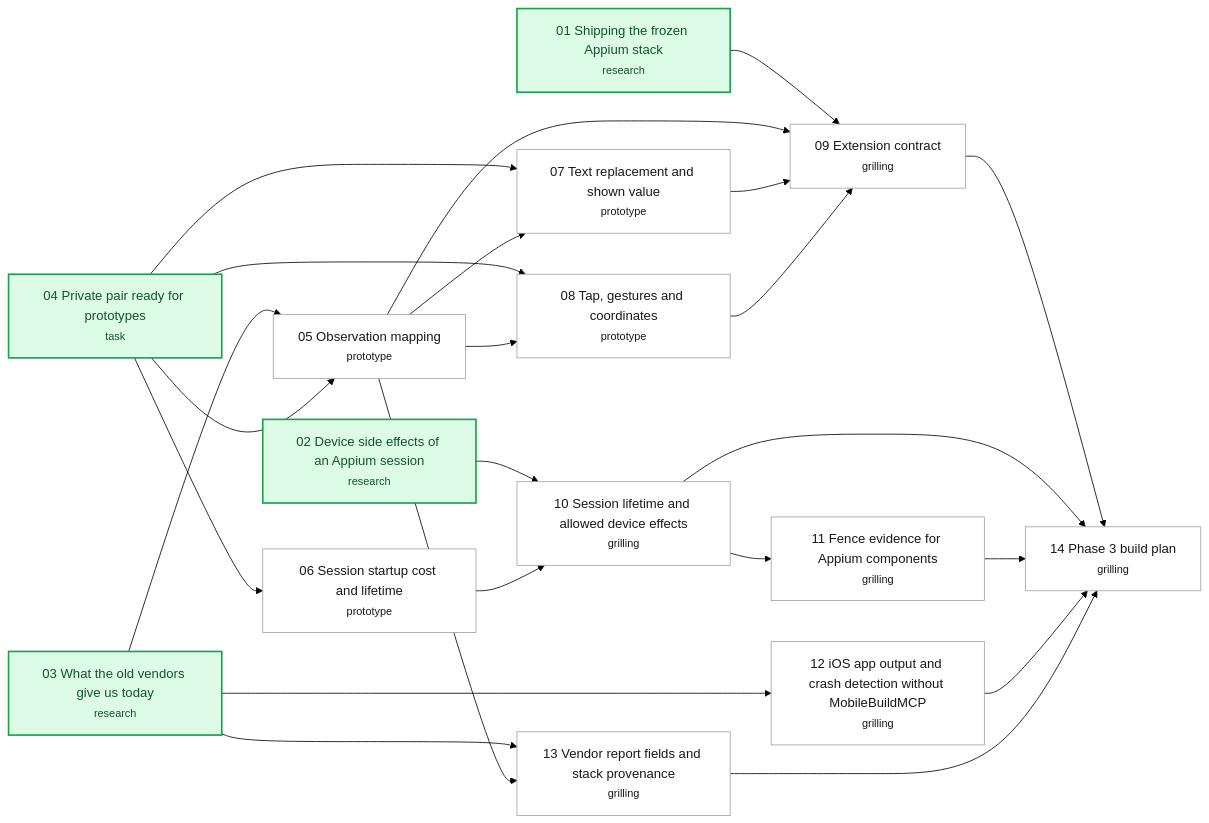
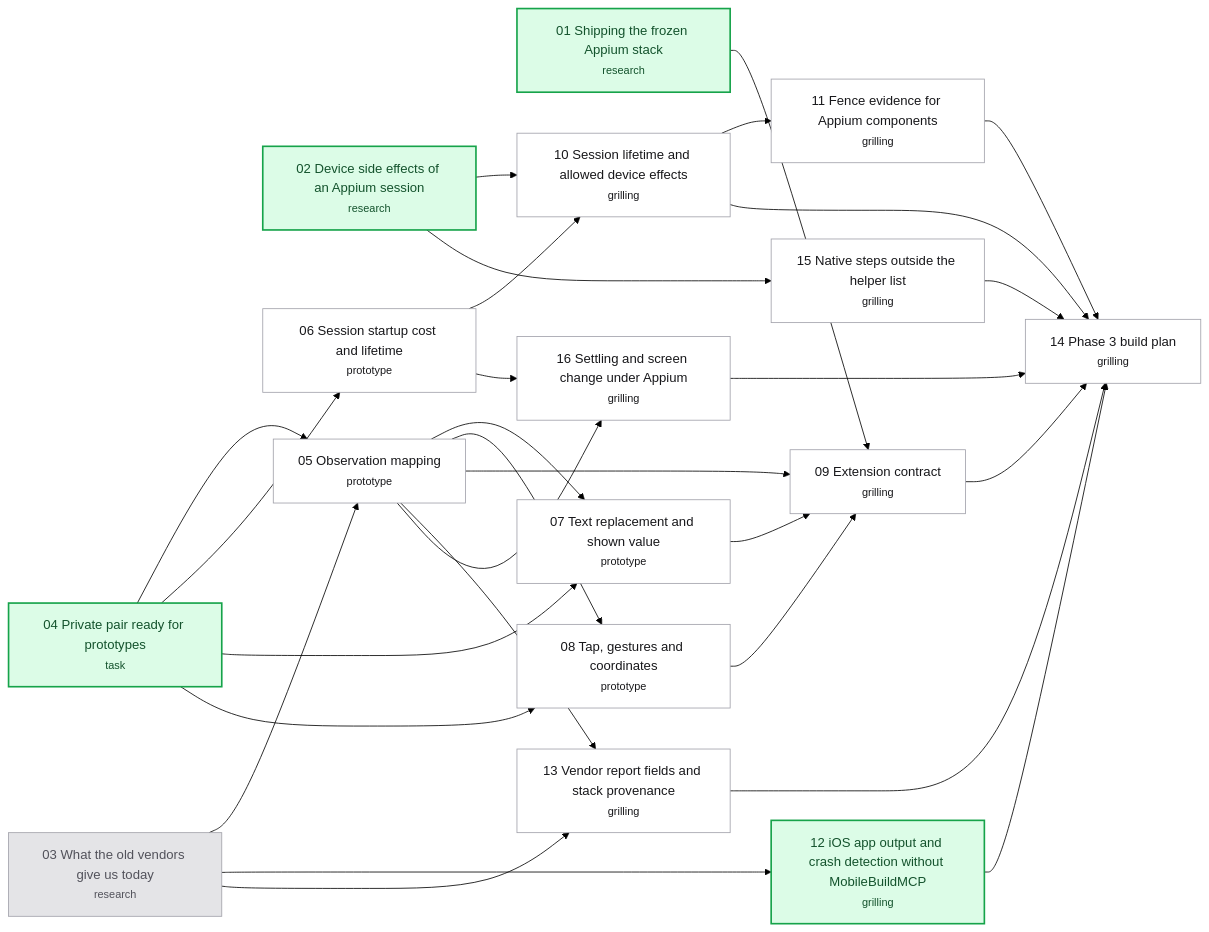
Before and after one commit to hugues-vnsgn/jev-ios-bridge: the diagram in .scratch/appium-phase3/map.md, drawn with Mermaid (forest theme). The commit also changed other lines of this file and 9 other files, not shown here.

````diff
--- a/.scratch/appium-phase3/map.md
+++ b/.scratch/appium-phase3/map.md
@@ -71,45 +73,53 @@
 ```mermaid
 flowchart LR
     T01["01 Shipping the frozen Appium stack<br/><small>research</small>"]
     T02["02 Device side effects of an Appium session<br/><small>research</small>"]
     T03["03 What the old vendors give us today<br/><small>research</small>"]
     T04["04 Private pair ready for prototypes<br/><small>task</small>"]
     T05["05 Observation mapping<br/><small>prototype</small>"]
     T06["06 Session startup cost and lifetime<br/><small>prototype</small>"]
     T07["07 Text replacement and shown value<br/><small>prototype</small>"]
     T08["08 Tap, gestures and coordinates<br/><small>prototype</small>"]
     T09["09 Extension contract<br/><small>grilling</small>"]
     T10["10 Session lifetime and allowed device effects<br/><small>grilling</small>"]
     T11["11 Fence evidence for Appium components<br/><small>grilling</small>"]
     T12["12 iOS app output and crash detection without MobileBuildMCP<br/><small>grilling</small>"]
     T13["13 Vendor report fields and stack provenance<br/><small>grilling</small>"]
     T14["14 Phase 3 build plan<br/><small>grilling</small>"]
+    T15["15 Native steps outside the helper list<br/><small>grilling</small>"]
+    T16["16 Settling and screen change under Appium<br/><small>grilling</small>"]
     T03 --> T05
     T04 --> T05
     T04 --> T06
     T04 --> T07
     T05 --> T07
     T04 --> T08
     T05 --> T08
     T01 --> T09
     T05 --> T09
     T07 --> T09
     T08 --> T09
     T02 --> T10
     T06 --> T10
     T10 --> T11
     T03 --> T12
     T03 --> T13
     T05 --> T13
     T09 --> T14
     T10 --> T14
     T11 --> T14
     T12 --> T14
     T13 --> T14
+    T15 --> T14
+    T16 --> T14
+    T02 --> T15
+    T05 --> T16
+    T06 --> T16
     classDef resolved fill:#e4e4e7,stroke:#a1a1aa,color:#52525b
     classDef claimed fill:#dbeafe,stroke:#2563eb,color:#1e3a8a
     classDef frontier fill:#dcfce7,stroke:#16a34a,color:#14532d,stroke-width:2px
     classDef blocked fill:#ffffff,stroke:#a1a1aa,color:#18181b
-    class T01,T02,T03,T04 frontier
-    class T05,T06,T07,T08,T09,T10,T11,T12,T13,T14 blocked
+    class T03 resolved
+    class T01,T02,T04,T12 frontier
+    class T05,T06,T07,T08,T09,T10,T11,T13,T14,T15,T16 blocked
 ```
````
